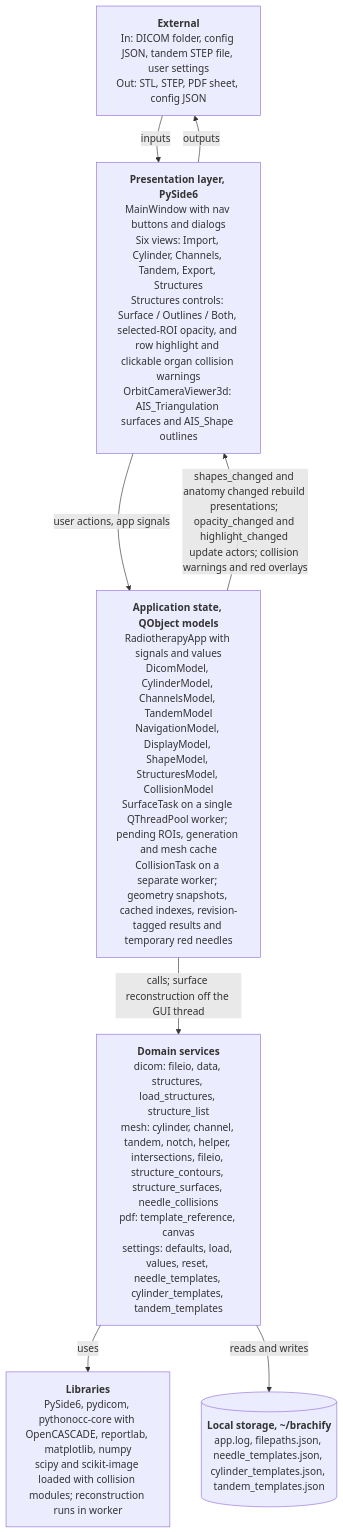
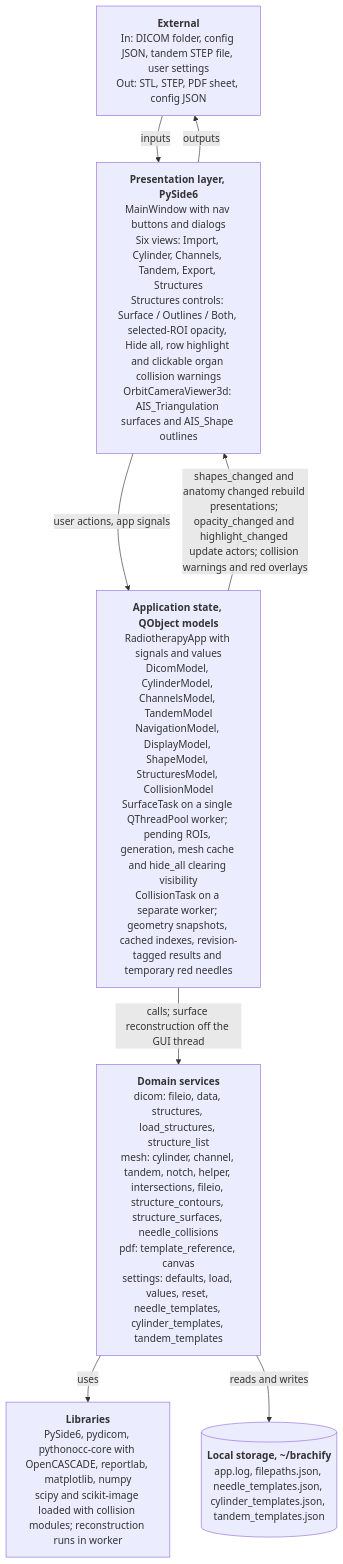
One commit to COSC-499-W2026/capstone-project-team-10 changed the diagram in docs/architecture/diagrams/system-architecture.mmd. Above: the diagram before and after it, drawn with Mermaid. The commit also changed 4 other files, not shown here.

First line of the commit message:
docs: name Hide all on the system architecture

```diff
--- a/docs/architecture/diagrams/system-architecture.mmd
+++ b/docs/architecture/diagrams/system-architecture.mmd
@@ -1,17 +1,17 @@
 %% title: System architecture
 %% alt: System architecture of brachify, a layered desktop application with a presentation layer, application state, domain services, third party libraries and local storage
 flowchart TB
   ext["<b>External</b><br/>In: DICOM folder, config JSON, tandem STEP file, user settings<br/>Out: STL, STEP, PDF sheet, config JSON"]
-  pres["<b>Presentation layer, PySide6</b><br/>MainWindow with nav buttons and dialogs<br/>Six views: Import, Cylinder, Channels, Tandem, Export, Structures<br/>Structures controls: Surface / Outlines / Both, selected-ROI opacity, and row highlight and clickable organ collision warnings<br/>OrbitCameraViewer3d: AIS_Triangulation surfaces and AIS_Shape outlines"]
-  state["<b>Application state, QObject models</b><br/>RadiotherapyApp with signals and values<br/>DicomModel, CylinderModel, ChannelsModel, TandemModel<br/>NavigationModel, DisplayModel, ShapeModel, StructuresModel, CollisionModel<br/>SurfaceTask on a single QThreadPool worker; pending ROIs, generation and mesh cache<br/>CollisionTask on a separate worker; geometry snapshots, cached indexes, revision-tagged results and temporary red needles"]
+  pres["<b>Presentation layer, PySide6</b><br/>MainWindow with nav buttons and dialogs<br/>Six views: Import, Cylinder, Channels, Tandem, Export, Structures<br/>Structures controls: Surface / Outlines / Both, selected-ROI opacity, Hide all, row highlight and clickable organ collision warnings<br/>OrbitCameraViewer3d: AIS_Triangulation surfaces and AIS_Shape outlines"]
+  state["<b>Application state, QObject models</b><br/>RadiotherapyApp with signals and values<br/>DicomModel, CylinderModel, ChannelsModel, TandemModel<br/>NavigationModel, DisplayModel, ShapeModel, StructuresModel, CollisionModel<br/>SurfaceTask on a single QThreadPool worker; pending ROIs, generation, mesh cache and hide_all clearing visibility<br/>CollisionTask on a separate worker; geometry snapshots, cached indexes, revision-tagged results and temporary red needles"]
   domain["<b>Domain services</b><br/>dicom: fileio, data, structures, load_structures, structure_list<br/>mesh: cylinder, channel, tandem, notch, helper, intersections, fileio, structure_contours, structure_surfaces, needle_collisions<br/>pdf: template_reference, canvas<br/>settings: defaults, load, values, reset, needle_templates, cylinder_templates, tandem_templates"]
   lib["<b>Libraries</b><br/>PySide6, pydicom, pythonocc-core with OpenCASCADE, reportlab, matplotlib, numpy<br/>scipy and scikit-image loaded with collision modules; reconstruction runs in worker"]
   disk[("<b>Local storage, ~/brachify</b><br/>app.log, filepaths.json, needle_templates.json, cylinder_templates.json, tandem_templates.json")]
 
   ext -->|"inputs"| pres
   pres -->|"outputs"| ext
   pres -->|"user actions, app signals"| state
   state -->|"shapes_changed and anatomy changed rebuild presentations; opacity_changed and highlight_changed update actors; collision warnings and red overlays"| pres
   state -->|"calls; surface reconstruction off the GUI thread"| domain
   domain -->|"uses"| lib
   domain -->|"reads and writes"| disk
```
